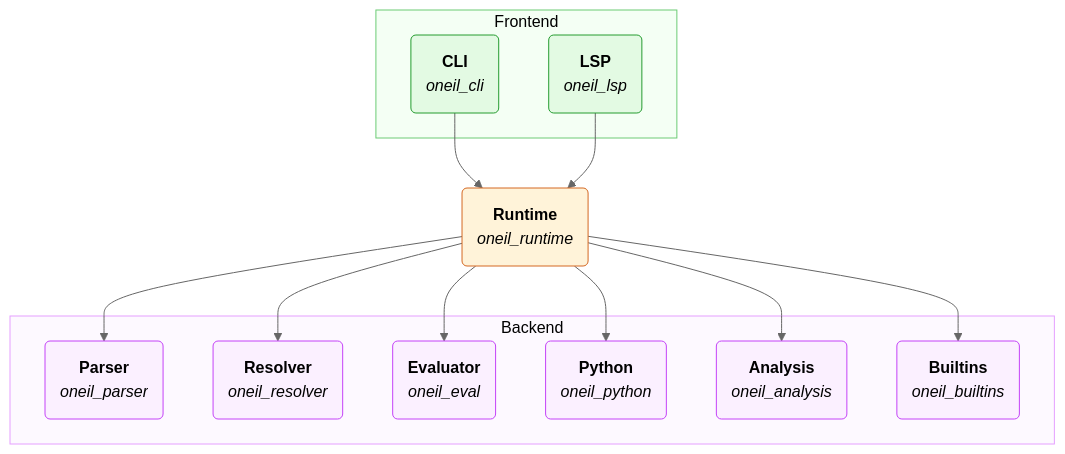
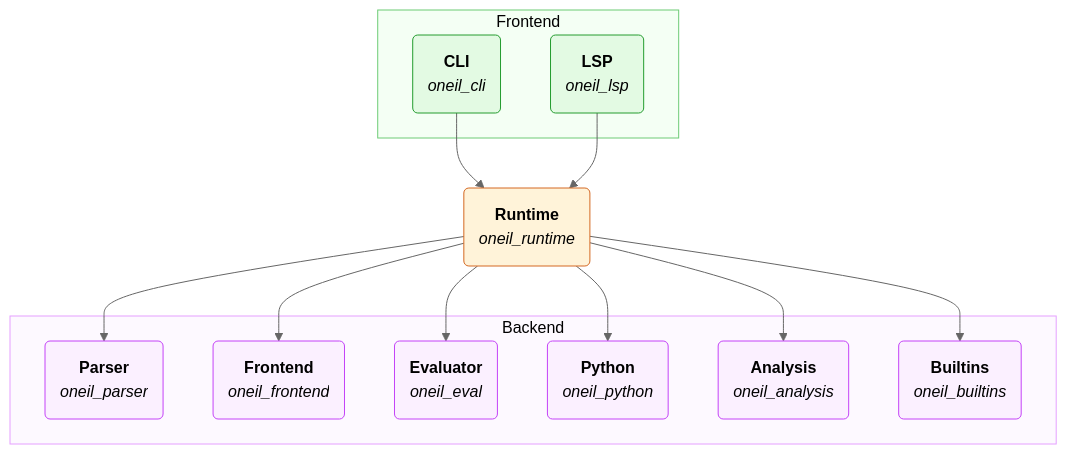
Before and after one commit to pixilcode/oneil: the diagram in docs/architecture/README.md, drawn with Mermaid (neutral theme). The commit also changed other lines of this file and 10 other files, not shown here.

First line of the commit message:
docs: add ADR, architecture guide, grammar spec, and readme updates

````diff
--- a/docs/architecture/README.md
+++ b/docs/architecture/README.md
@@ -11,75 +13,75 @@
 ```mermaid
 ---
 config:
     markdownAutoWrap: false
 ---
 
 flowchart TD
     cli --> runtime
     lsp --> runtime
     runtime --> parser
     runtime --> resolver
     runtime --> evaluator
     runtime --> python
     runtime --> analysis
     runtime --> builtins
 
     subgraph frontend[Frontend]
         cli("`
             **CLI**
             _oneil_cli_
         `"):::frontend_element
 
         lsp("`
             **LSP**
             _oneil_lsp_
         `"):::frontend_element
     end
 
     class frontend frontend_container
 
     runtime("`
         **Runtime**
         _oneil_runtime_
     `"):::runtime
 
     subgraph backend[Backend]
         parser("`
             **Parser**
             _oneil_parser_
         `"):::backend_element
 
         resolver("`
-            **Resolver**
-            _oneil_resolver_
+            **Frontend**
+            _oneil_frontend_
         `"):::backend_element
 
         evaluator("`
             **Evaluator**
             _oneil_eval_
         `"):::backend_element
 
         python("`
             **Python**
             _oneil_python_
         `"):::backend_element
 
         analysis("`
             **Analysis**
             _oneil_analysis_
         `"):::backend_element
 
         builtins("`
             **Builtins**
             _oneil_builtins_
         `"):::backend_element
     end
 
     class backend backend_container
 
     classDef frontend_element color:#000000,fill:#e3fae3,stroke:#249c2f
     classDef frontend_container color:#000000,fill:#f4fff4,stroke:#6ccb75
     classDef runtime color:#000000,fill:#fff3d9,stroke:#d46822
     classDef backend_element color:#000000,fill:#fbf0ff,stroke:#c443f8
     classDef backend_container color:#000000,fill:#fdf9ff,stroke:#e5a0ff
 ```
````
